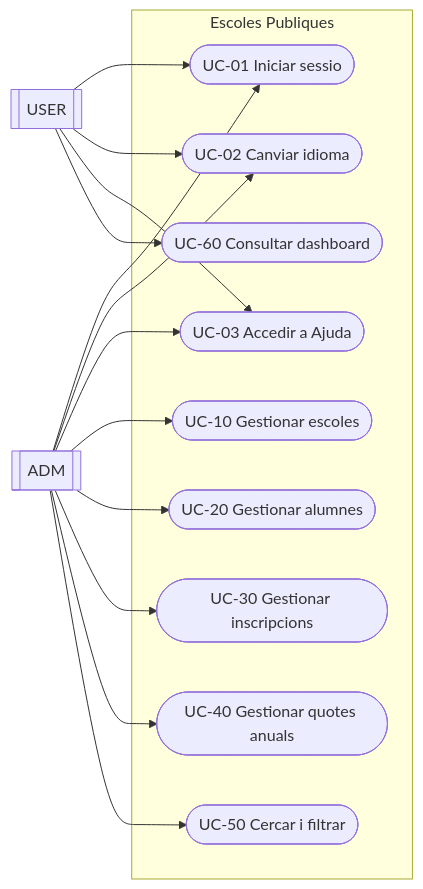
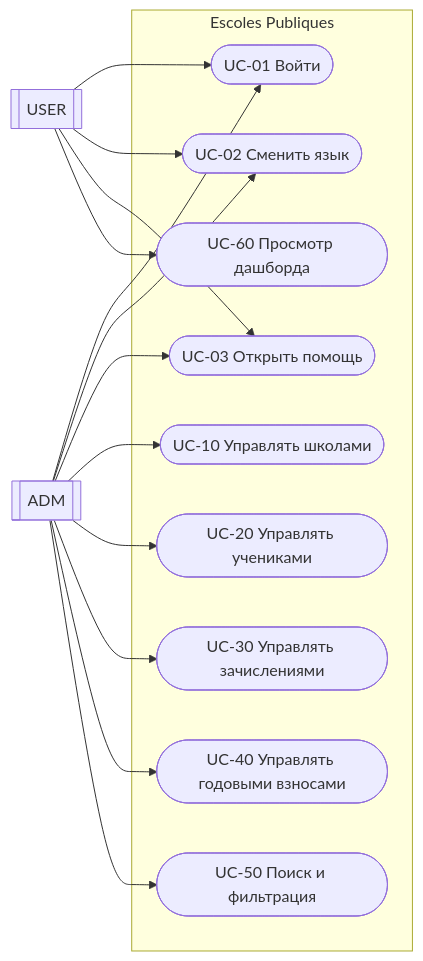
One commit to dmoraroca/escoles-publiques changed the second of 3 diagrams in src/Web/HelpDocs/ru/functional.md. Above: the diagram before and after it, drawn with Mermaid. The commit also changed other lines of this file and 11 other files, not shown here.

````diff
--- a/src/Web/HelpDocs/ru/functional.md
+++ b/src/Web/HelpDocs/ru/functional.md
@@ -63,30 +63,30 @@
 ```mermaid
 flowchart LR
   ADM[[ADM]]
   USER[[USER]]
 
   subgraph S[Escoles Publiques]
-    UC01([UC-01 Iniciar sessio])
-    UC02([UC-02 Canviar idioma])
-    UC03([UC-03 Accedir a Ajuda])
-    UC10([UC-10 Gestionar escoles])
-    UC20([UC-20 Gestionar alumnes])
-    UC30([UC-30 Gestionar inscripcions])
-    UC40([UC-40 Gestionar quotes anuals])
-    UC50([UC-50 Cercar i filtrar])
-    UC60([UC-60 Consultar dashboard])
+    UC01([UC-01 Войти])
+    UC02([UC-02 Сменить язык])
+    UC03([UC-03 Открыть помощь])
+    UC10([UC-10 Управлять школами])
+    UC20([UC-20 Управлять учениками])
+    UC30([UC-30 Управлять зачислениями])
+    UC40([UC-40 Управлять годовыми взносами])
+    UC50([UC-50 Поиск и фильтрация])
+    UC60([UC-60 Просмотр дашборда])
   end
 
   ADM --> UC01
   USER --> UC01
   ADM --> UC02
   USER --> UC02
   ADM --> UC03
   USER --> UC03
   ADM --> UC10
   ADM --> UC20
   ADM --> UC30
   ADM --> UC40
   ADM --> UC50
   USER --> UC60
 ```
````
